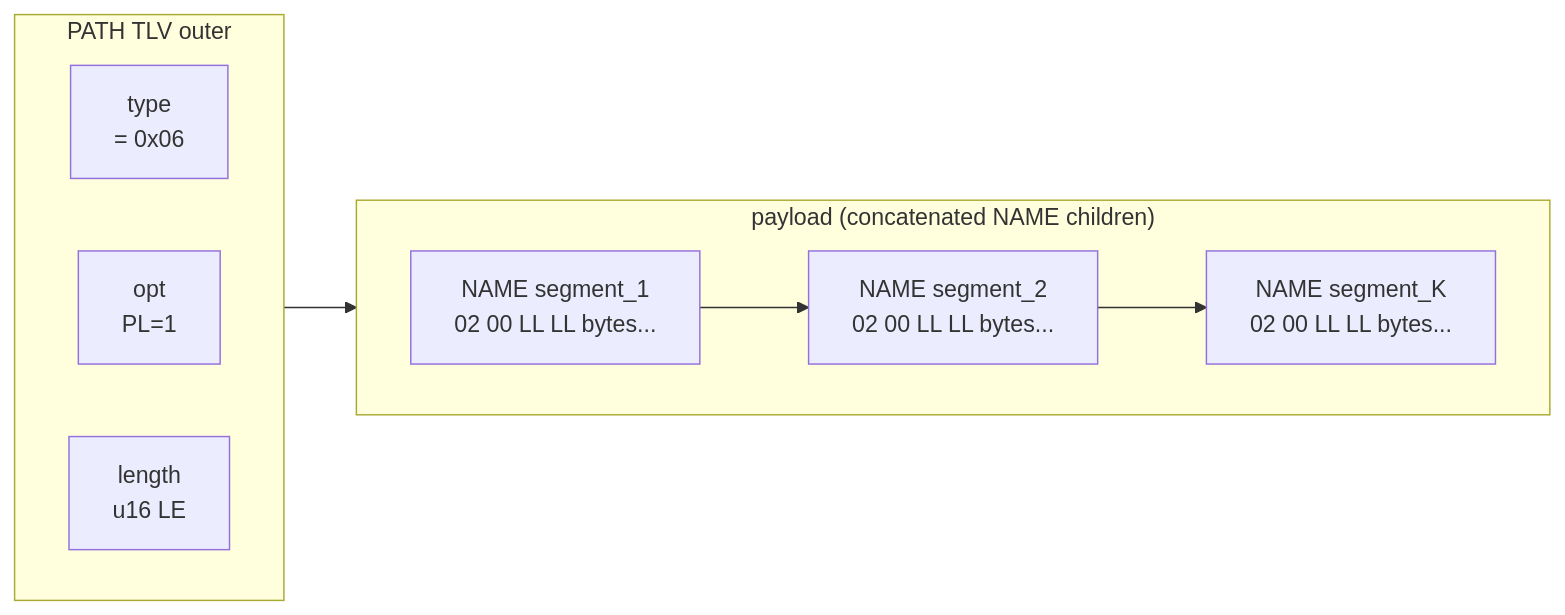
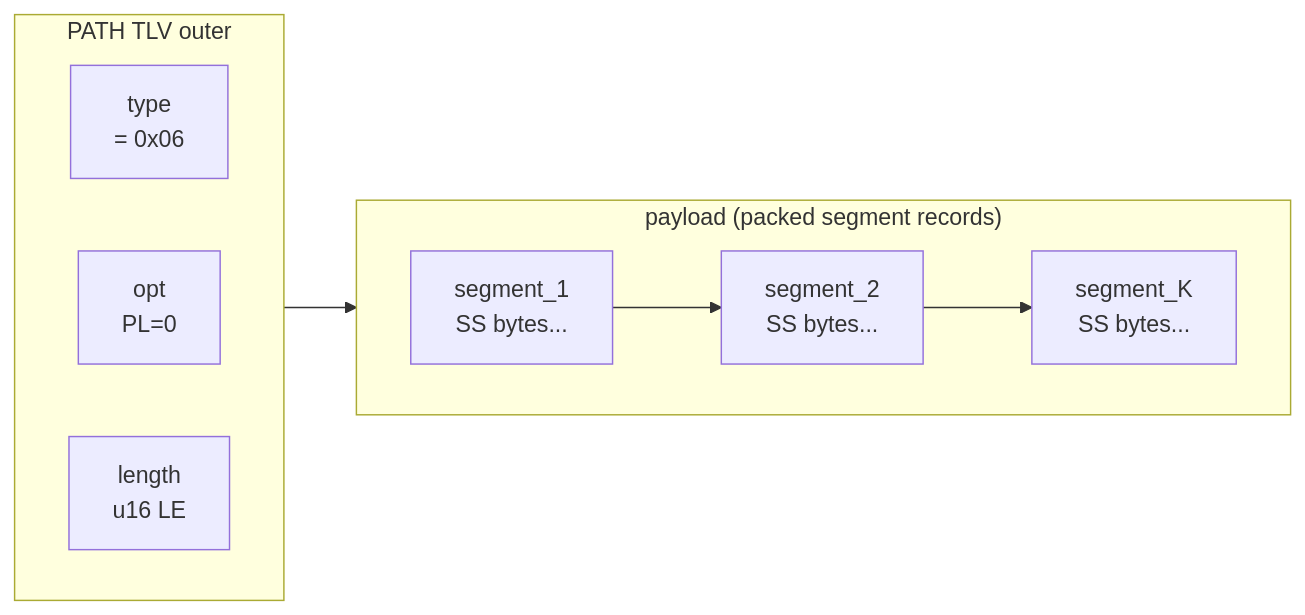
One commit to avatarsd-llc/libtracer changed the third of 7 diagrams in docs/reference/05-protocol-tlvs.md. Above: the diagram before and after it, drawn with Mermaid. The commit also changed other lines of this file and 46 other files, not shown here.

````diff
--- a/docs/reference/05-protocol-tlvs.md
+++ b/docs/reference/05-protocol-tlvs.md
@@ -360,17 +399,17 @@
 ```mermaid
 flowchart LR
   subgraph Outer["PATH TLV outer"]
     direction LR
     T["type<br/>= 0x06"]
-    O["opt<br/>PL=1"]
+    O["opt<br/>PL=0"]
     L["length<br/>u16 LE"]
   end
-  subgraph Children["payload (concatenated NAME children)"]
+  subgraph Records["payload (packed segment records)"]
     direction LR
-    N1["NAME segment_1<br/>02 00 LL LL bytes..."]
-    N2["NAME segment_2<br/>02 00 LL LL bytes..."]
-    NK["NAME segment_K<br/>02 00 LL LL bytes..."]
+    N1["segment_1<br/>SS bytes..."]
+    N2["segment_2<br/>SS bytes..."]
+    NK["segment_K<br/>SS bytes..."]
   end
-  Outer --> Children
+  Outer --> Records
   N1 --> N2 --> NK
 ```
````
